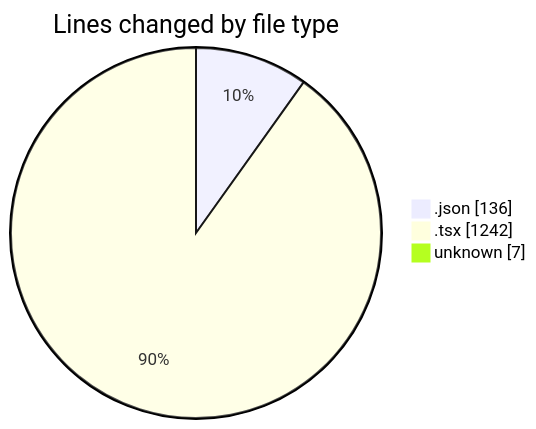
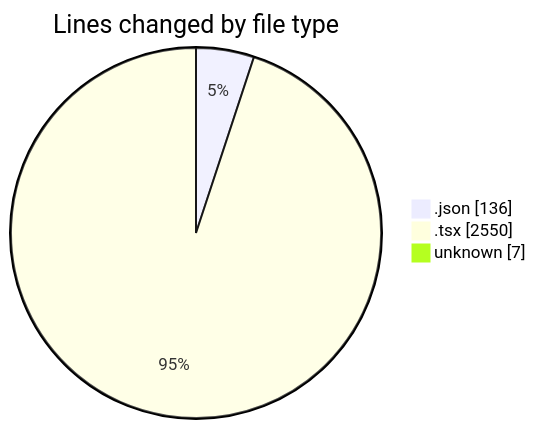
The first of 2 diagrams in 2024-12-31/nyah/README.md (3Nya3/code-tracking), drawn with Mermaid before and after one commit. The commit also changed other lines of this file and 1 other file, not shown here.

````diff
--- a/2024-12-31/nyah/README.md
+++ b/2024-12-31/nyah/README.md
@@ -23,7 +23,7 @@
 ```mermaid
 pie showData
 title Lines changed by file type
 ".json" : 136
-".tsx" : 1242
+".tsx" : 2550
 "unknown" : 7
 ```
````
